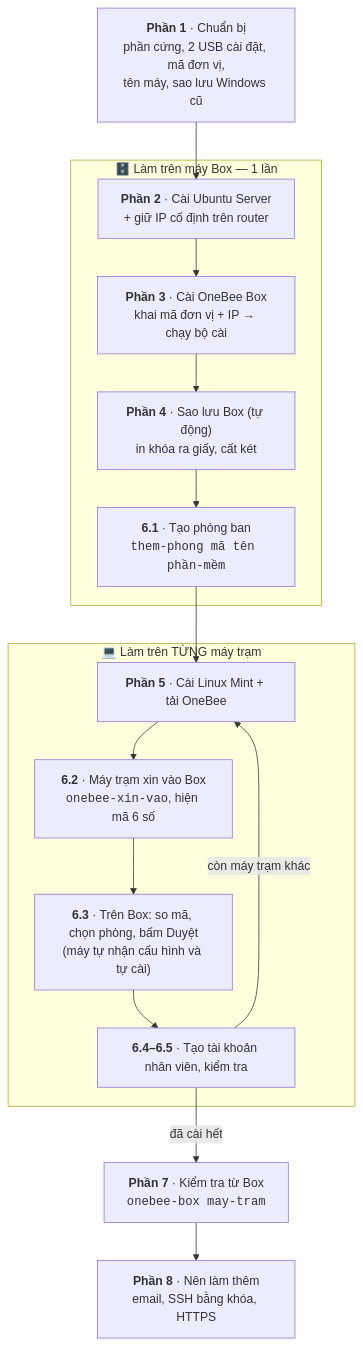
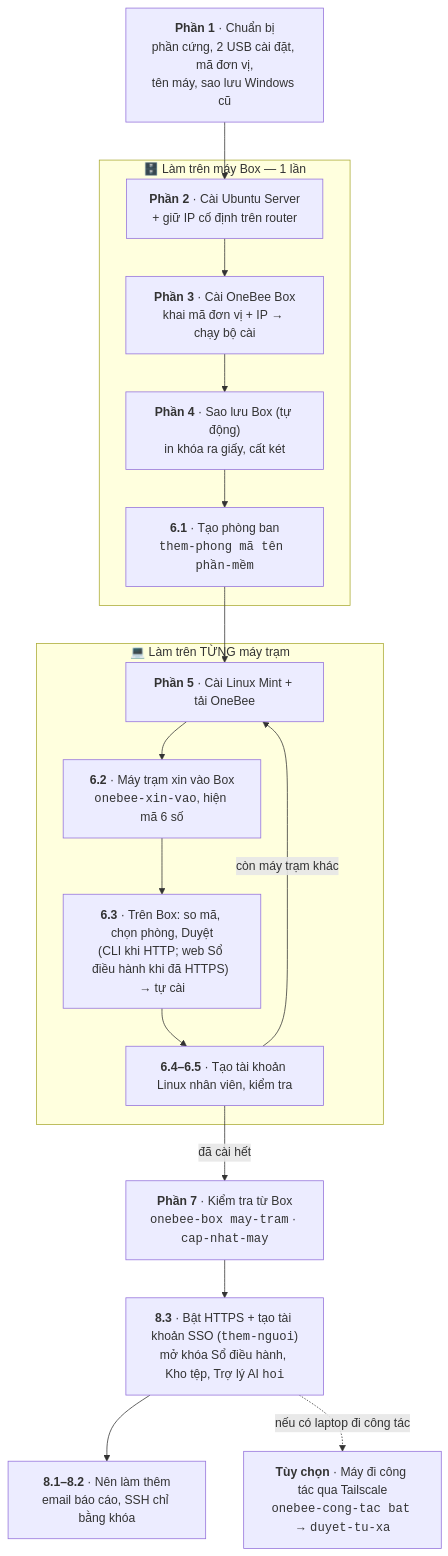
Before and after one commit to mthien07/da3-he-dieu-hanh-va-tu-dong-hoa-open-source: the second of 4 diagrams in docs/huong-dan/huong-dan-cai-dat-tu-a-den-z.md, drawn with Mermaid. The commit also changed other lines of this file, not shown here.

Commit message:
docs(huong-dan): đồng bộ sơ đồ workflow cài đặt từ A đến Z theo bản 2.1.1 (#58)

````diff
--- a/docs/huong-dan/huong-dan-cai-dat-tu-a-den-z.md
+++ b/docs/huong-dan/huong-dan-cai-dat-tu-a-den-z.md
@@ -56,22 +61,25 @@
 ```mermaid
 flowchart TD
     P1["<b>Phần 1</b> · Chuẩn bị<br/>phần cứng, 2 USB cài đặt, mã đơn vị,<br/>tên máy, sao lưu Windows cũ"]
     subgraph B["🗄️ Làm trên máy Box — 1 lần"]
         P2["<b>Phần 2</b> · Cài Ubuntu Server<br/>+ giữ IP cố định trên router"]
         P3["<b>Phần 3</b> · Cài OneBee Box<br/>khai mã đơn vị + IP → chạy bộ cài"]
         P4["<b>Phần 4</b> · Sao lưu Box (tự động)<br/>in khóa ra giấy, cất két"]
         P6p["<b>6.1</b> · Tạo phòng ban<br/><code>them-phong mã tên phần-mềm</code>"]
     end
     subgraph T["💻 Làm trên TỪNG máy trạm"]
         P5["<b>Phần 5</b> · Cài Linux Mint + tải OneBee"]
         P6a["<b>6.2</b> · Máy trạm xin vào Box<br/><code>onebee-xin-vao</code>, hiện mã 6 số"]
-        P6b["<b>6.3</b> · Trên Box: so mã, chọn phòng, bấm Duyệt<br/>(máy tự nhận cấu hình và tự cài)"]
-        P6c["<b>6.4–6.5</b> · Tạo tài khoản nhân viên, kiểm tra"]
+        P6b["<b>6.3</b> · Trên Box: so mã, chọn phòng, Duyệt<br/>(CLI khi HTTP; web Sổ điều hành khi đã HTTPS) → tự cài"]
+        P6c["<b>6.4–6.5</b> · Tạo tài khoản Linux nhân viên, kiểm tra"]
     end
-    P7["<b>Phần 7</b> · Kiểm tra từ Box<br/><code>onebee-box may-tram</code>"]
-    P8["<b>Phần 8</b> · Nên làm thêm<br/>email, SSH bằng khóa, HTTPS"]
+    P7["<b>Phần 7</b> · Kiểm tra từ Box<br/><code>onebee-box may-tram</code> · <code>cap-nhat-may</code>"]
+    P8a["<b>8.3</b> · Bật HTTPS + tạo tài khoản SSO (<code>them-nguoi</code>)<br/>mở khóa Sổ điều hành, Kho tệp, Trợ lý AI <code>hoi</code>"]
+    P8b["<b>8.1–8.2</b> · Nên làm thêm<br/>email báo cáo, SSH chỉ bằng khóa"]
+    P9r["<b>Tùy chọn</b> · Máy đi công tác qua Tailscale<br/><code>onebee-cong-tac bat</code> → <code>duyet-tu-xa</code>"]
 
     P1 --> P2 --> P3 --> P4 --> P6p --> P5 --> P6a --> P6b --> P6c
     P6c -- "còn máy trạm khác" --> P5
-    P6c -- "đã cài hết" --> P7 --> P8
+    P6c -- "đã cài hết" --> P7 --> P8a --> P8b
+    P8a -. "nếu có laptop đi công tác" .-> P9r
 ```
````
